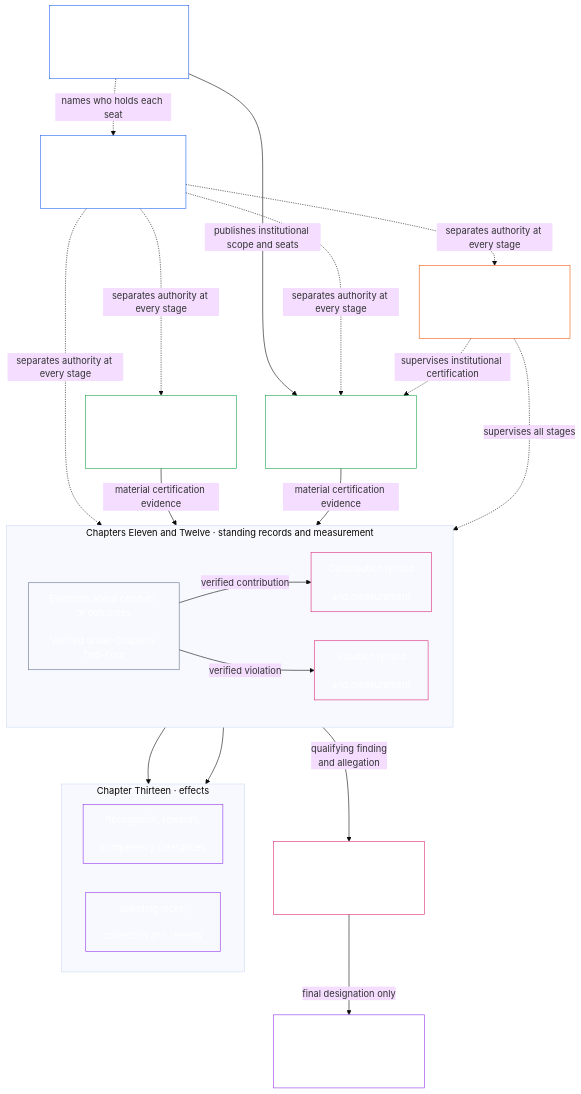
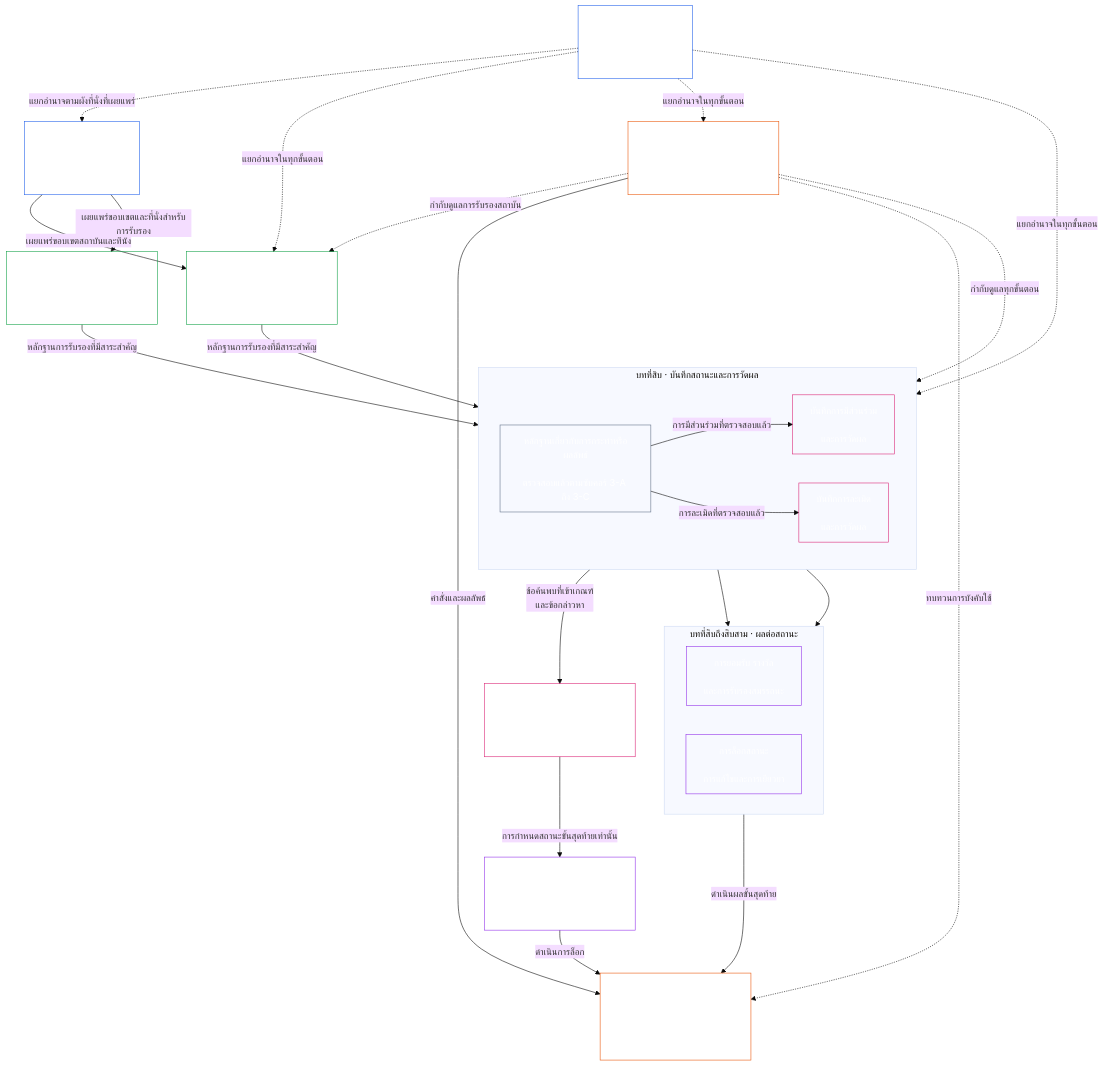
The second of 2 diagrams in project/translation_drafts/2026-11-26/ch00_ch01_resync/th__core_01.000_constitutional_map.md (kfoelsch/Sentient_Constitution), drawn with Mermaid (base theme) before and after one commit. The commit also changed other lines of this file and 42 other files, not shown here.

````diff
--- a/project/translation_drafts/2026-11-26/ch00_ch01_resync/th__core_01.000_constitutional_map.md
+++ b/project/translation_drafts/2026-11-26/ch00_ch01_resync/th__core_01.000_constitutional_map.md
@@ -257,49 +257,55 @@
 ```mermaid
 flowchart TB
-    H["Chapter Seven<br/><br/>System and Institutional<br/>Charters"]
-    D["Chapter Eight<br/><br/>Functional independence<br/>and separation of duties"]
-    S["Chapter Nine<br/><br/>System alignment certification"]
-    I["Chapter Ten<br/><br/>Institutional alignment certification"]
-    subgraph Q["Chapters Eleven and Twelve · standing records and measurement"]
+    D["บทที่หก<br/><br/>ความเป็นอิสระเชิงหน้าที่<br/>และการแยกหน้าที่"]
+    H["บทที่ห้า<br/><br/>กฎบัตรระบบและกฎบัตร<br/>สถาบัน"]
+    S["บทที่แปด<br/><br/>การรับรองความสอดคล้องของระบบ"]
+    I["บทที่เก้า<br/><br/>การรับรองความสอดคล้องของสถาบัน"]
+    subgraph Q["บทที่สิบ · บันทึกสถานะและการวัดผล"]
         direction LR
-        E["Evidence about conduct or outcomes<br/><br/>Verified under Chapters Two–Four"]
-        C["Contribution record<br/><br/>and measurement"]
-        V["Violation record<br/><br/>and measurement"]
+        E["หลักฐานเกี่ยวกับการกระทำหรือผลลัพธ์<br/><br/>ตรวจสอบแล้วตามซับคอร์ 3-A ถึง 3-C"]
+        C["บันทึกการมีส่วนร่วม<br/><br/>และการวัดผล"]
+        V["บันทึกการละเมิด<br/><br/>และการวัดผล"]
     end
-    subgraph N["Chapter Thirteen · effects"]
+    subgraph N["บทที่สิบถึงสิบสาม · ผลต่อสถานะ"]
         direction LR
-        U["Recognition, rewards,<br/><br/>competency clearances"]
-        R["Standing locks,<br/><br/>correction and remedy"]
+        U["การยอมรับ รางวัล<br/><br/>และการรับรองสมรรถนะ"]
+        R["การล็อกสถานะ<br/><br/>การแก้ไขและการเยียวยา"]
     end
-    M["Chapter Fourteen<br/><br/>Anti-constitutional misconduct review"]
-    L["Chapter Thirteen<br/><br/>Anti-Constitutional Trust Lock"]
-    F["Chapter Fifteen forums<br/><br/>Supervision, challenge and timely review"]
-    H -.->|names who holds each seat| D
-    H -->|publishes institutional scope and seats| I
-    D -.->|separates authority at every stage| S
-    D -.->|separates authority at every stage| I
-    D -.->|separates authority at every stage| E
-    D -.->|separates authority at every stage| F
+    M["บทที่สิบสี่<br/><br/>การทบทวนการประพฤติมิชอบที่ขัดรัฐธรรมนูญ"]
+    L["บทที่สิบสอง<br/><br/>การล็อกความไว้วางใจเมื่อขัดรัฐธรรมนูญ"]
+    F["เวทีในบทที่สิบหกและสิบเจ็ด<br/><br/>การกำกับดูแล การคัดค้าน และการทบทวนให้ทันเวลา"]
+    X["บทที่สิบเก้าและยี่สิบ<br/><br/>การบังคับใช้: ดำเนินผลลัพธ์ให้เกิดขึ้น<br/>การบังคับใช้พิเศษภายในขอบเขต"]
+    D -.->|แยกอำนาจตามผังที่นั่งที่เผยแพร่| H
+    H -->|เผยแพร่ขอบเขตสถาบันและที่นั่ง| I
+    H -->|เผยแพร่ขอบเขตและที่นั่งสำหรับการรับรอง| S
+    D -.->|แยกอำนาจในทุกขั้นตอน| I
+    D -.->|แยกอำนาจในทุกขั้นตอน| E
+    D -.->|แยกอำนาจในทุกขั้นตอน| F
     C --> U
     V --> R
-    M -->|final designation only| L
-    V -->|qualifying finding<br/>and allegation| M
-    S -->|material certification evidence| E
-    I -->|material certification evidence| E
-    E -->|verified contribution| C
-    E -->|verified violation| V
-    F -.->|supervises all stages| E
-    F -.->|supervises institutional certification| I
+    M -->|การกำหนดสถานะขั้นสุดท้ายเท่านั้น| L
+    V -->|ข้อค้นพบที่เข้าเกณฑ์<br/>และข้อกล่าวหา| M
+    S -->|หลักฐานการรับรองที่มีสาระสำคัญ| E
+    I -->|หลักฐานการรับรองที่มีสาระสำคัญ| E
+    E -->|การมีส่วนร่วมที่ตรวจสอบแล้ว| C
+    E -->|การละเมิดที่ตรวจสอบแล้ว| V
+    F -.->|กำกับดูแลทุกขั้นตอน| E
+    F -.->|กำกับดูแลการรับรองสถาบัน| I
+    R -->|ดำเนินผลขั้นสุดท้าย| X
+    L -->|ดำเนินการล็อก| X
+    F -->|คำสั่งและผลลัพธ์| X
+    F -.->|ทบทวนการบังคับใช้| X
     style H fill:none,stroke:#2563eb,color:#ffffff
     style D fill:none,stroke:#2563eb,color:#ffffff
     style S fill:none,stroke:#16a34a,color:#ffffff
     style I fill:none,stroke:#16a34a,color:#ffffff
     style E fill:none,stroke:#64748b,color:#ffffff
     style C fill:none,stroke:#db2777,color:#ffffff
     style V fill:none,stroke:#db2777,color:#ffffff
     style U fill:none,stroke:#9333ea,color:#ffffff
     style R fill:none,stroke:#9333ea,color:#ffffff
     style M fill:none,stroke:#db2777,color:#ffffff
     style L fill:none,stroke:#9333ea,color:#ffffff
     style F fill:none,stroke:#ea580c,color:#ffffff
+    style X fill:none,stroke:#ea580c,color:#ffffff
 ```
````
